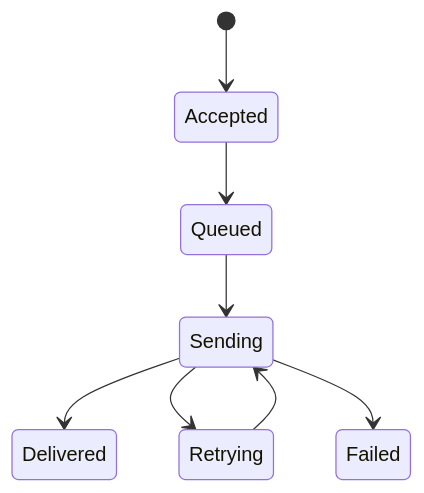
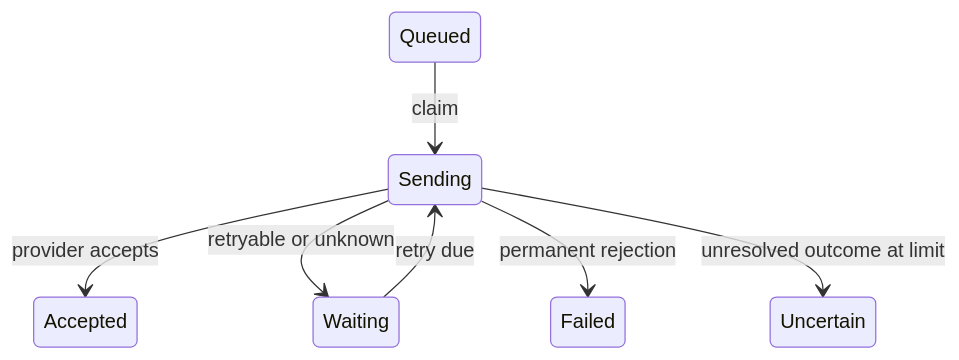
One commit to Anilinfo2015/anilinfo2015.github.io changed the diagram in low-level-design/notification-service.md. Above: the diagram before and after it, drawn with Mermaid. The commit also changed other lines of this file and 58 other files, not shown here.

````diff
--- a/low-level-design/notification-service.md
+++ b/low-level-design/notification-service.md
@@ -239,10 +24,9 @@
 ```mermaid
 stateDiagram-v2
-    [*] --> Accepted
-    Accepted --> Queued
-    Queued --> Sending
-    Sending --> Delivered
-    Sending --> Retrying
-    Retrying --> Sending
-    Sending --> Failed
+    Queued --> Sending: claim
+    Sending --> Accepted: provider accepts
+    Sending --> Waiting: retryable or unknown
+    Waiting --> Sending: retry due
+    Sending --> Failed: permanent rejection
+    Sending --> Uncertain: unresolved outcome at limit
 ```
````
